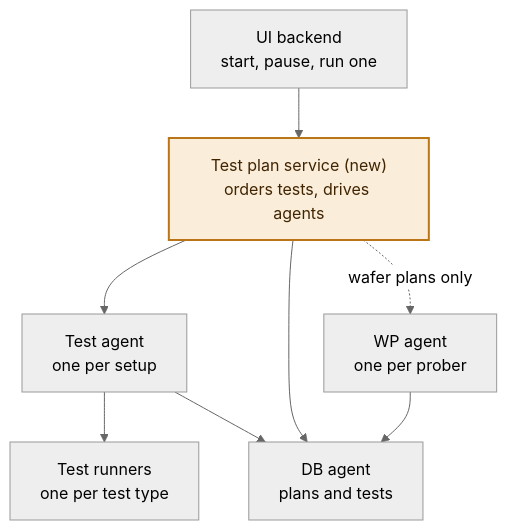
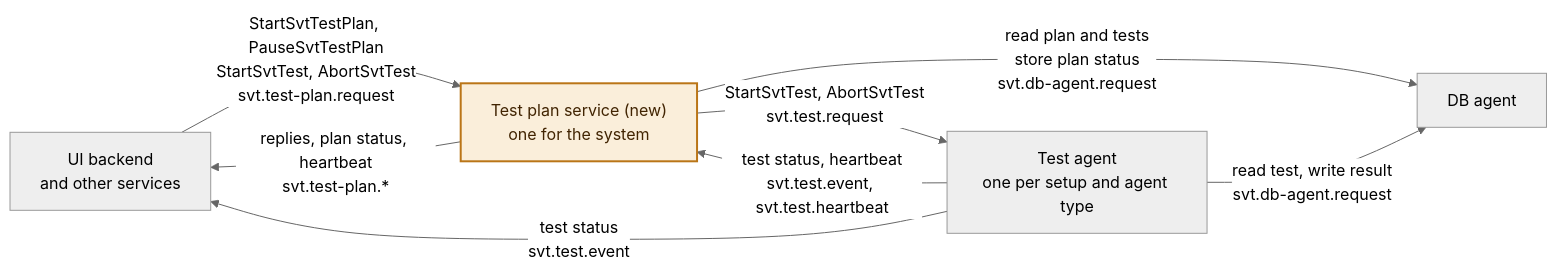
The fourth of 8 diagrams in svt-test-session-summary.md (SVT-WP2/SVTSW), drawn with Mermaid (neutral theme) before and after one commit. The commit also changed other lines of this file and 4 other files, not shown here.

Commit message:
[WIP] SvtTest Proposal :: SvtTestPlan

````diff
--- a/svt-test-session-summary.md
+++ b/svt-test-session-summary.md
@@ -210,18 +239,16 @@
 ```mermaid
-flowchart TB
-    UI["UI backend<br/>start, pause, run one"]
-    PLAN["Test plan service (new)<br/>orders tests, drives agents"]
-    TA["Test agent<br/>one per setup"]
-    WP["WP agent<br/>one per prober"]
-    RUN["Test runners<br/>one per test type"]
-    DB["DB agent<br/>plans and tests"]
-    UI --> PLAN
-    PLAN --> TA
-    PLAN -. "wafer plans only" .-> WP
-    TA --> RUN
-    TA --> DB
-    PLAN --> DB
-    WP --> DB
+flowchart LR
+    REQ["UI backend<br/>and other services"]
+    PLAN["Test plan service (new)<br/>one for the system"]
+    AG["Test agent<br/>one per setup and agent type"]
+    DB["DB agent"]
+    REQ -- "StartSvtTestPlan, PauseSvtTestPlan<br/>StartSvtTest, AbortSvtTest<br/>svt.test-plan.request" --> PLAN
+    PLAN -- "replies, plan status, heartbeat<br/>svt.test-plan.*" --> REQ
+    PLAN -- "StartSvtTest, AbortSvtTest<br/>svt.test.request" --> AG
+    AG -- "test status, heartbeat<br/>svt.test.event, svt.test.heartbeat" --> PLAN
+    AG -- "test status<br/>svt.test.event" --> REQ
+    PLAN -- "read plan and tests<br/>store plan status<br/>svt.db-agent.request" --> DB
+    AG -- "read test, write result<br/>svt.db-agent.request" --> DB
     classDef new fill:#FAEEDA,stroke:#BA7517,stroke-width:2px,color:#412402
     class PLAN new
 ```
````
